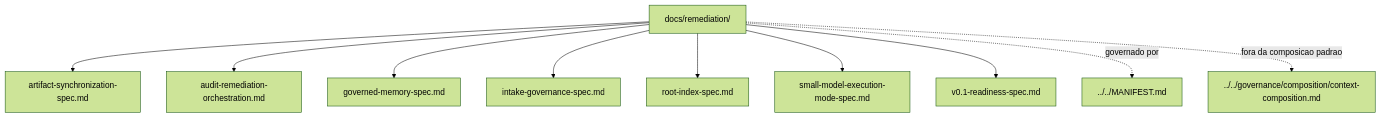
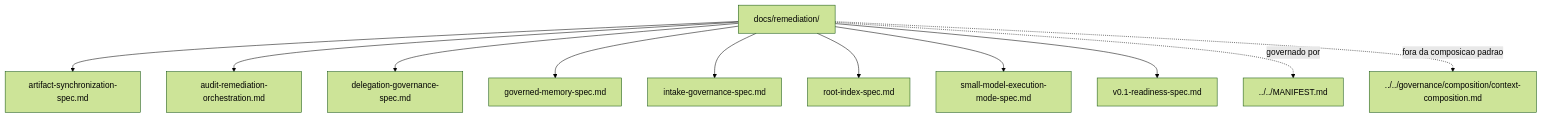
Before and after one commit to moreira-and/agent-ops: the diagram in docs/remediation/README.md, drawn with Mermaid (forest theme). The commit also changed other lines of this file and 19 other files, not shown here.

````diff
--- a/docs/remediation/README.md
+++ b/docs/remediation/README.md
@@ -68,13 +69,14 @@
 ```mermaid
 flowchart TD
     current["docs/remediation/"]
     current --> n1["artifact-synchronization-spec.md"]
     current --> n2["audit-remediation-orchestration.md"]
-    current --> n3["governed-memory-spec.md"]
-    current --> n4["intake-governance-spec.md"]
-    current --> n5["root-index-spec.md"]
-    current --> n6["small-model-execution-mode-spec.md"]
-    current --> n7["v0.1-readiness-spec.md"]
-    current -. "governado por" .-> n8["../../MANIFEST.md"]
-    current -. "fora da composicao padrao" .-> n9["../../governance/composition/context-composition.md"]
+    current --> n3["delegation-governance-spec.md"]
+    current --> n4["governed-memory-spec.md"]
+    current --> n5["intake-governance-spec.md"]
+    current --> n6["root-index-spec.md"]
+    current --> n7["small-model-execution-mode-spec.md"]
+    current --> n8["v0.1-readiness-spec.md"]
+    current -. "governado por" .-> n9["../../MANIFEST.md"]
+    current -. "fora da composicao padrao" .-> n10["../../governance/composition/context-composition.md"]
 ```
````
